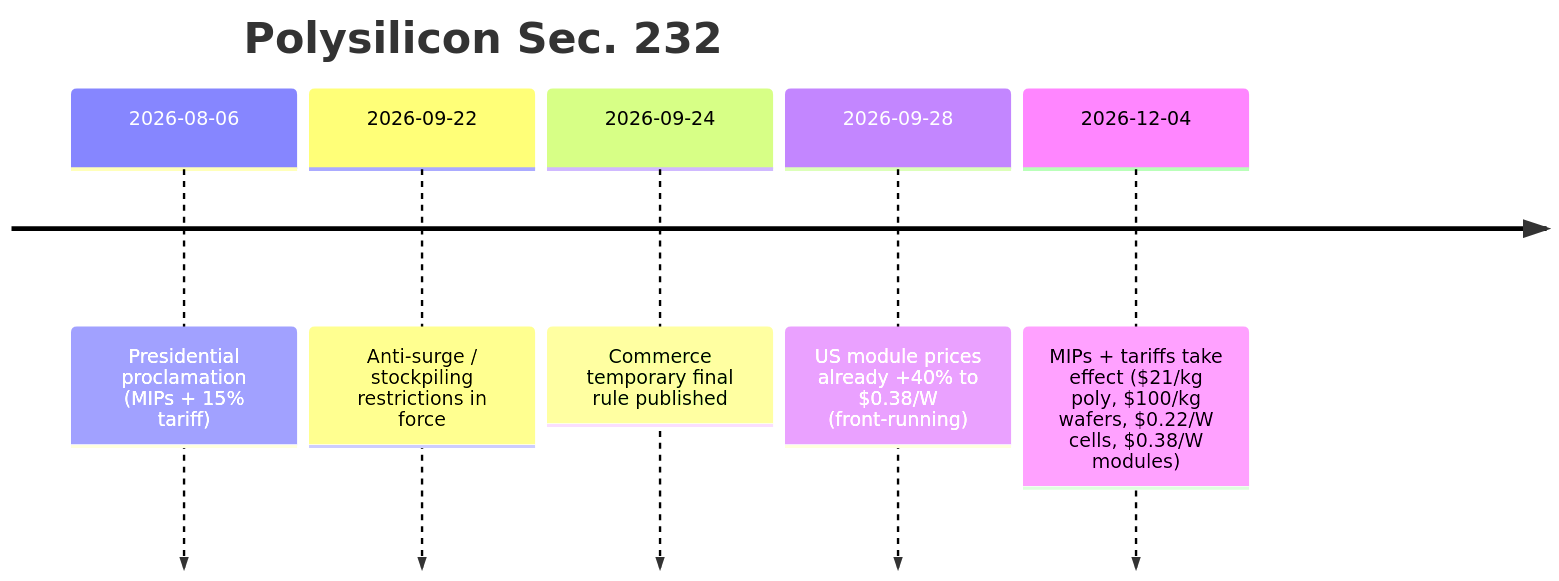
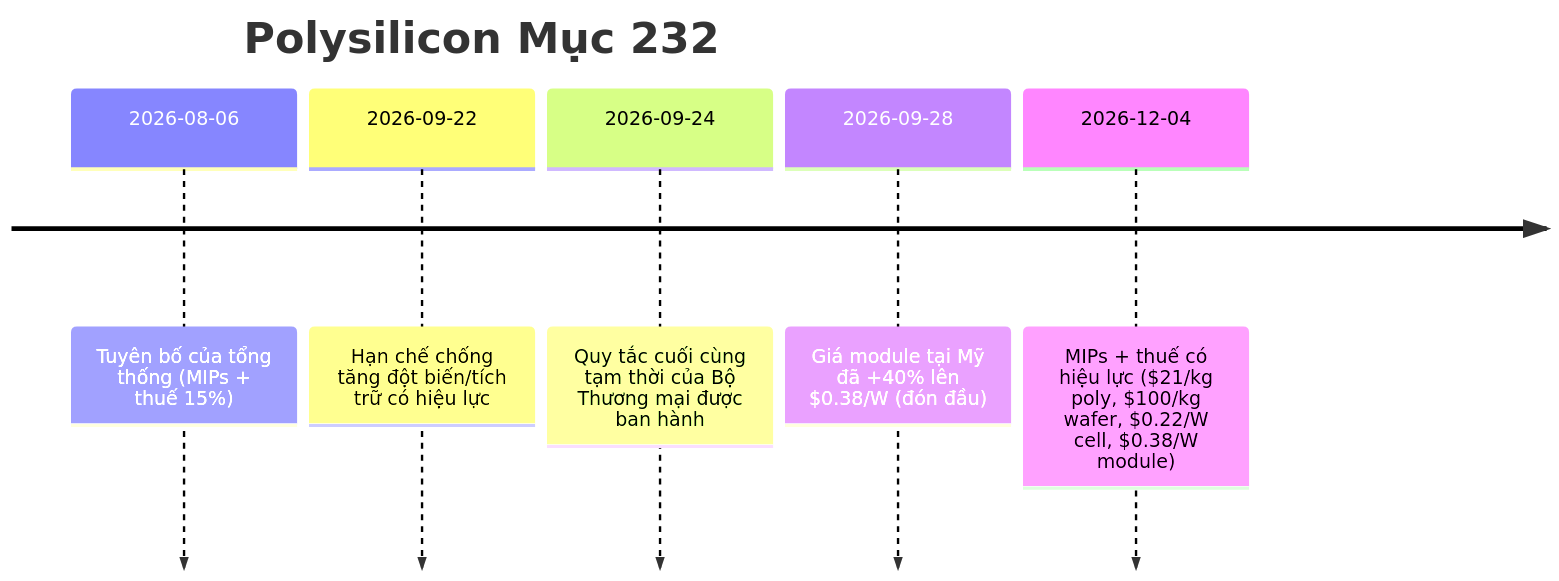
Before and after one commit to dureach/research: the third of 3 diagrams in Global-Trade-Intelligence-weekly-2026-10-05/index.vi.md, drawn with Mermaid. The commit also changed other lines of this file and 5 other files, not shown here.

Commit message:
Translate mermaid diagram labels in all 6 languages

````diff
--- a/Global-Trade-Intelligence-weekly-2026-10-05/index.vi.md
+++ b/Global-Trade-Intelligence-weekly-2026-10-05/index.vi.md
@@ -387,9 +387,9 @@
 ```mermaid
 timeline
-    title Polysilicon Sec. 232
-    2026-08-06 : Presidential proclamation (MIPs + 15% tariff)
-    2026-09-22 : Anti-surge / stockpiling restrictions in force
-    2026-09-24 : Commerce temporary final rule published
-    2026-09-28 : US module prices already +40% to $0.38/W (front-running)
-    2026-12-04 : MIPs + tariffs take effect ($21/kg poly, $100/kg wafers, $0.22/W cells, $0.38/W modules)
+    title Polysilicon Mục 232
+    2026-08-06 : Tuyên bố của tổng thống (MIPs + thuế 15%)
+    2026-09-22 : Hạn chế chống tăng đột biến/tích trữ có hiệu lực
+    2026-09-24 : Quy tắc cuối cùng tạm thời của Bộ Thương mại được ban hành
+    2026-09-28 : Giá module tại Mỹ đã +40% lên $0.38/W (đón đầu)
+    2026-12-04 : MIPs + thuế có hiệu lực ($21/kg poly, $100/kg wafer, $0.22/W cell, $0.38/W module)
 ```
````
